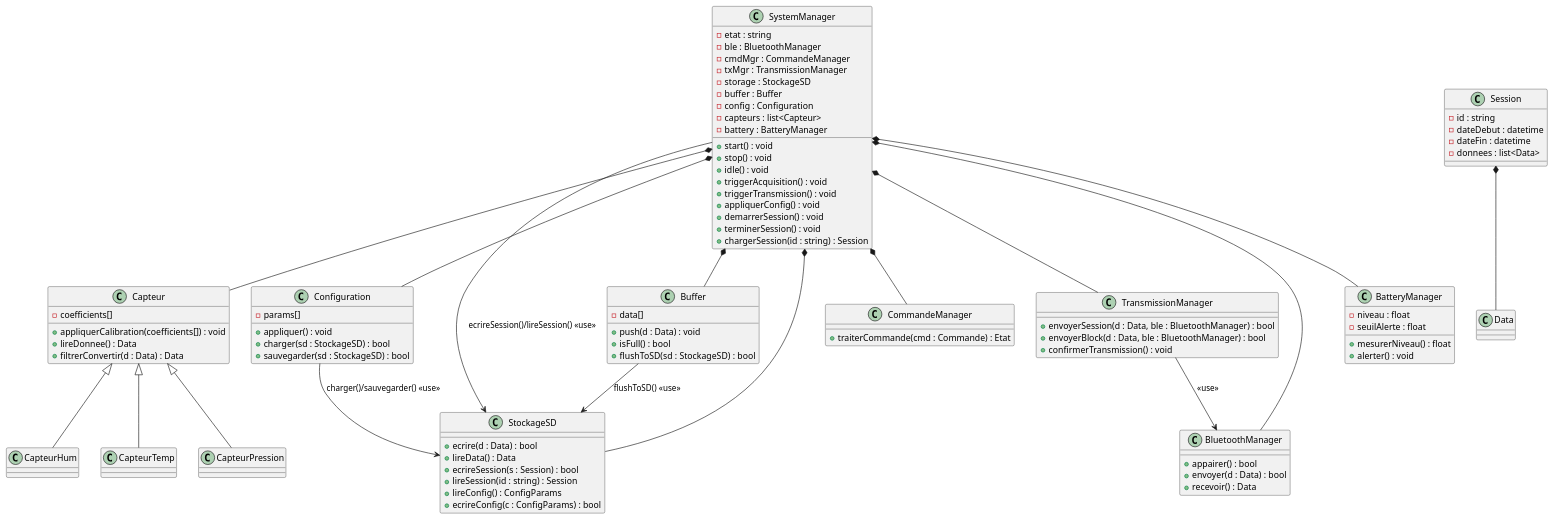
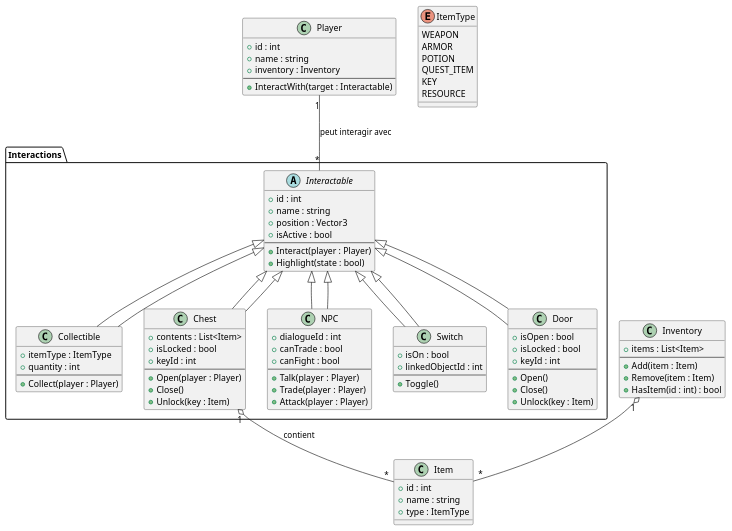
The sixth of 7 diagrams in index.md (maxpermal/maxpermal.github.io), drawn with PlantUML before and after one commit. The commit also changed other lines of this file, not shown here.

Commit message:
unity 3dgamekit uml

`````diff
--- a/index.md
+++ b/index.md
@@ -594,121 +479,131 @@
 ````plantuml
+@startuml
+'===============================================================
+'   Diagramme de classes : Éléments interactables du jeu RPG 3D
+'===============================================================
 
-'  ██████╗██╗      █████╗ ███████╗███████╗███████╗███████╗
-' ██╔════╝██║     ██╔══██╗██╔════╝██╔════╝██╔════╝██╔════╝
-' ██║     ██║     ███████║███████╗███████╗█████╗  ███████╗
-' ██║     ██║     ██╔══██║╚════██║╚════██║██╔══╝  ╚════██║
-' ╚██████╗███████╗██║  ██║███████║███████║███████╗███████║
-'  ╚═════╝╚══════╝╚═╝  ╚═╝╚══════╝╚══════╝╚══════╝╚══════╝
+package "Interactions" {
 
-@startuml 4_Class_diagram
+    '--------------------------
+    ' Classe abstraite de base
+    '--------------------------
+    abstract class Interactable {
+        + id : int
+        + name : string
+        + position : Vector3
+        + isActive : bool
+        --
+        + Interact(player : Player)
+        + Highlight(state : bool)
+    }
 
-class SystemManager {
-  - etat : string
-  - ble : BluetoothManager
-  - cmdMgr : CommandeManager
-  - txMgr : TransmissionManager
-  - storage : StockageSD
-  - buffer : Buffer
-  - config : Configuration
-  - capteurs : list<Capteur>
-  - battery : BatteryManager
-  + start() : void
-  + stop() : void
-  + idle() : void
-  + triggerAcquisition() : void
-  + triggerTransmission() : void
-  + appliquerConfig() : void
-  + demarrerSession() : void
-  + terminerSession() : void
-  + chargerSession(id : string) : Session
+    '--------------------------
+    ' Objets ramassables
+    '--------------------------
+    class Collectible extends Interactable {
+        + itemType : ItemType
+        + quantity : int
+        --
+        + Collect(player : Player)
+    }
+
+    '--------------------------
+    ' Coffres
+    '--------------------------
+    class Chest extends Interactable {
+        + contents : List<Item>
+        + isLocked : bool
+        + keyId : int
+        --
+        + Open(player : Player)
+        + Close()
+        + Unlock(key : Item)
+    }
+
+    '--------------------------
+    ' PNJ (Personnages non joueurs)
+    '--------------------------
+    class NPC extends Interactable {
+        + dialogueId : int
+        + canTrade : bool
+        + canFight : bool
+        --
+        + Talk(player : Player)
+        + Trade(player : Player)
+        + Attack(player : Player)
+    }
+
+    '--------------------------
+    ' Leviers, boutons, interrupteurs
+    '--------------------------
+    class Switch extends Interactable {
+        + isOn : bool
+        + linkedObjectId : int
+        --
+        + Toggle()
+    }
+
+    '--------------------------
+    ' Portes
+    '--------------------------
+    class Door extends Interactable {
+        + isOpen : bool
+        + isLocked : bool
+        + keyId : int
+        --
+        + Open()
+        + Close()
+        + Unlock(key : Item)
+    }
 }
 
-class Capteur {
-  - coefficients[]
-  + appliquerCalibration(coefficients[]) : void
-  + lireDonnee() : Data
-  + filtrerConvertir(d : Data) : Data
+'----------------------------------------------------------
+' Relations et généralisations
+'----------------------------------------------------------
+Interactable <|-- Collectible
+Interactable <|-- Chest
+Interactable <|-- NPC
+Interactable <|-- Switch
+Interactable <|-- Door
+
+'----------------------------------------------------------
+' Types associés
+'----------------------------------------------------------
+class Player {
+    + id : int
+    + name : string
+    + inventory : Inventory
+    --
+    + InteractWith(target : Interactable)
 }
 
-class CapteurHum
-class CapteurTemp
-class CapteurPression
-
-class Buffer {
-  - data[]
-  + push(d : Data) : void
-  + isFull() : bool
-  + flushToSD(sd : StockageSD) : bool
+class Item {
+    + id : int
+    + name : string
+    + type : ItemType
 }
 
-class StockageSD {
-  + ecrire(d : Data) : bool
-  + lireData() : Data
-  + ecrireSession(s : Session) : bool
-  + lireSession(id : string) : Session
-  + lireConfig() : ConfigParams
-  + ecrireConfig(c : ConfigParams) : bool
+enum ItemType {
+    WEAPON
+    ARMOR
+    POTION
+    QUEST_ITEM
+    KEY
+    RESOURCE
 }
 
-class Session {
-  - id : string
-  - dateDebut : datetime
-  - dateFin : datetime
-  - donnees : list<Data>
+class Inventory {
+    + items : List<Item>
+    --
+    + Add(item : Item)
+    + Remove(item : Item)
+    + HasItem(id : int) : bool
 }
 
-class BluetoothManager {
-  + appairer() : bool
-  + envoyer(d : Data) : bool
-  + recevoir() : Data
-}
-
-class CommandeManager {
-  + traiterCommande(cmd : Commande) : Etat
-}
-
-class TransmissionManager {
-  + envoyerSession(d : Data, ble : BluetoothManager) : bool
-  + envoyerBlock(d : Data, ble : BluetoothManager) : bool
-  + confirmerTransmission() : void
-}
-
-class Configuration {
-  - params[]
-  + appliquer() : void
-  + charger(sd : StockageSD) : bool
-  + sauvegarder(sd : StockageSD) : bool
-}
-
-class BatteryManager {
-  - niveau : float
-  - seuilAlerte : float
-  + mesurerNiveau() : float
-  + alerter() : void
-}
-
-' ===== HÉRITAGES =====
-Capteur <|-- CapteurHum
-Capteur <|-- CapteurTemp
-Capteur <|-- CapteurPression
-
-Session *-- Data
-
-' ===== RELATIONS PRINCIPALES =====
-SystemManager *-- Configuration
-SystemManager *-- Buffer
-SystemManager *-- CommandeManager
-SystemManager *-- TransmissionManager
-SystemManager *-- BluetoothManager
-SystemManager *-- StockageSD
-SystemManager *-- Capteur
-SystemManager *-- BatteryManager
-
-' Relations d’utilisation
-Buffer --> StockageSD : flushToSD() <<use>>
-TransmissionManager --> BluetoothManager : <<use>>
-Configuration --> StockageSD : charger()/sauvegarder() <<use>>
-SystemManager --> StockageSD : ecrireSession()/lireSession() <<use>>
+Player "1" -- "*" Interactable : "peut interagir avec"
+Chest "1" o-- "*" Item : "contient"
+Inventory "1" o-- "*" Item
 
 @enduml
+
 ````
`````
